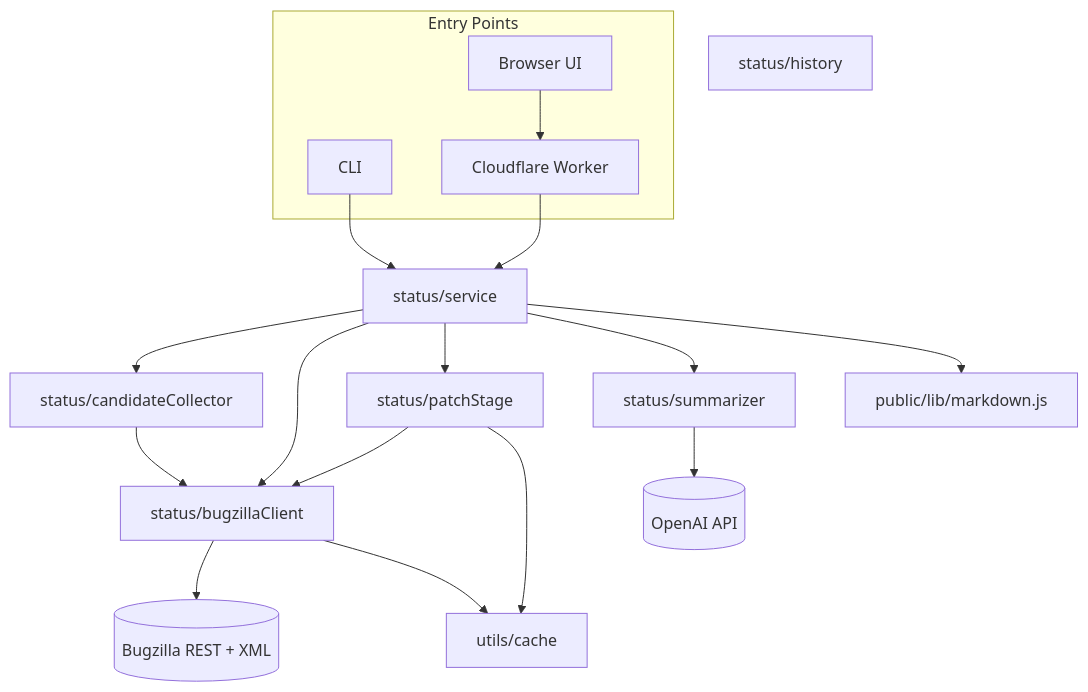
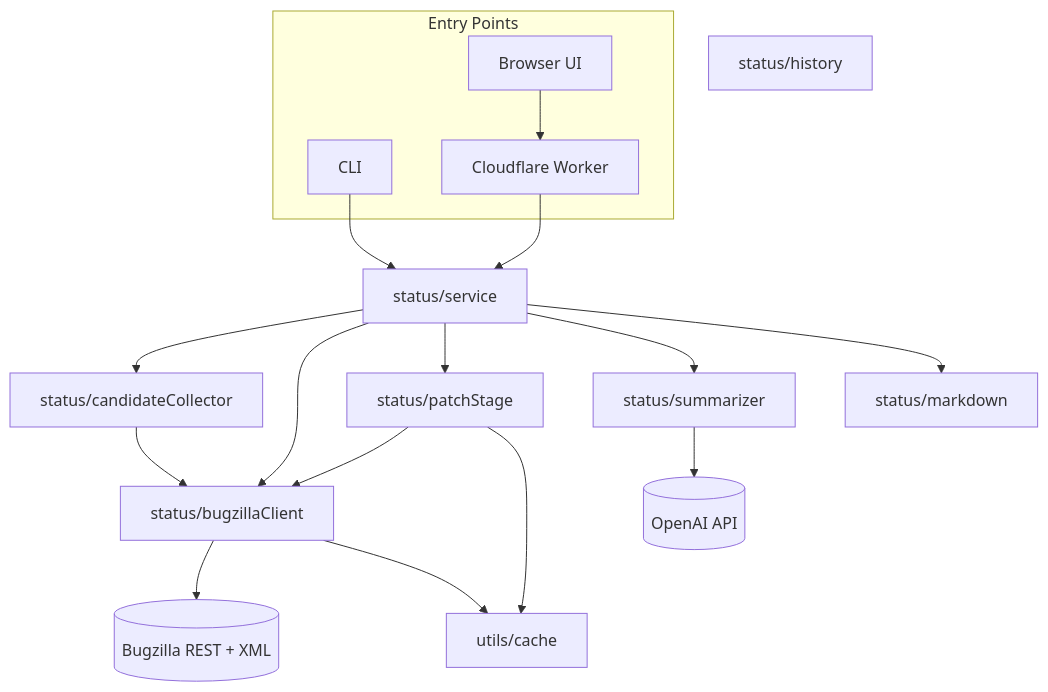
The diagram in snazzybot/docs/architecture.md (msujaws/bugzilla-project-status-update), drawn with Mermaid before and after one commit. The commit also changed 13 other files, not shown here.

````diff
--- a/snazzybot/docs/architecture.md
+++ b/snazzybot/docs/architecture.md
@@ -9,31 +9,31 @@
 ```mermaid
 flowchart TD
     subgraph Entry Points
       CLI[CLI]
       Worker[Cloudflare Worker]
       UI[Browser UI]
     end
 
     StatusService[status/service]
     BugzillaClient[status/bugzillaClient]
     CandidateCollector[status/candidateCollector]
     History[status/history]
     PatchStage[status/patchStage]
     Summarizer[status/summarizer]
-    Markdown[public/lib/markdown.js]
+    Markdown[status/markdown]
     CacheUtils[utils/cache]
 
     CLI --> StatusService
     Worker --> StatusService
     StatusService --> CandidateCollector
     CandidateCollector --> BugzillaClient
     StatusService --> BugzillaClient
     StatusService --> PatchStage
     PatchStage --> BugzillaClient
     StatusService --> Summarizer --> OpenAI[(OpenAI API)]
     StatusService --> Markdown
     BugzillaClient --> Bugzilla[(Bugzilla REST + XML)]
     BugzillaClient --> CacheUtils
     PatchStage --> CacheUtils
     UI --> Worker
 ```
````
